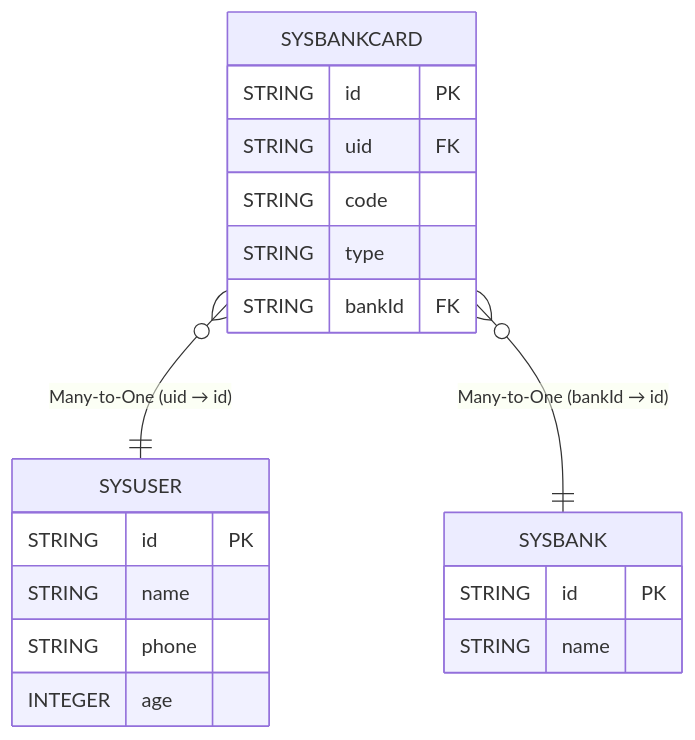
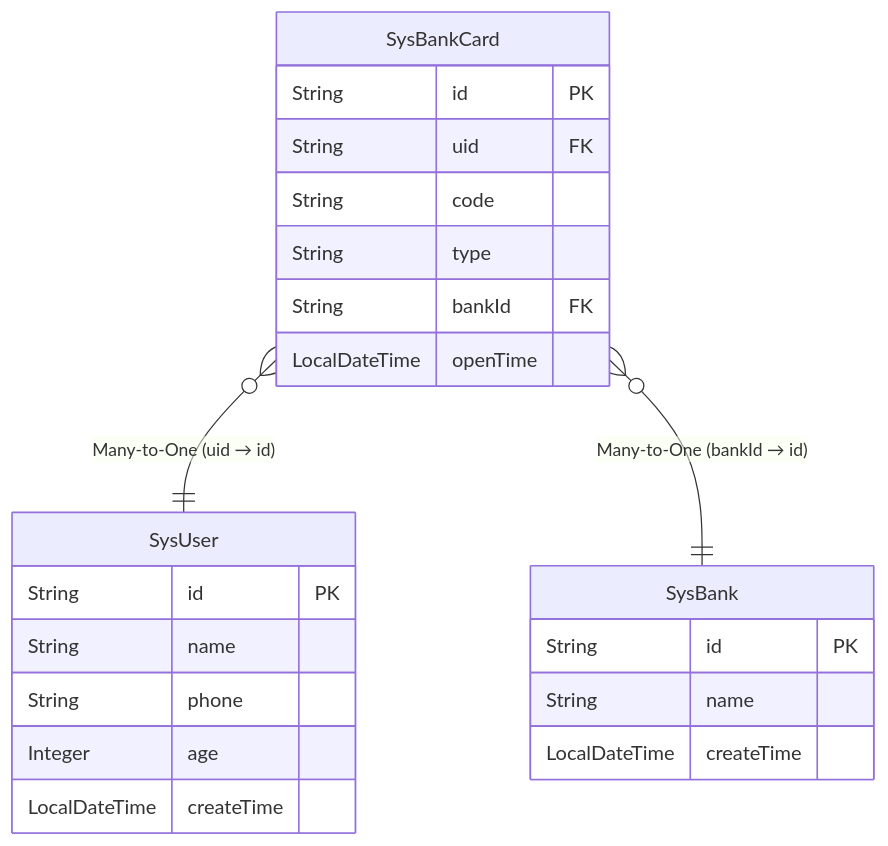
The diagram in src/startup/quick-query.md (xuejmnet/eq-v3-doc), drawn with Mermaid before and after one commit. The commit also changed other lines of this file and 18 other files, not shown here.

````diff
--- a/src/startup/quick-query.md
+++ b/src/startup/quick-query.md
@@ -26,25 +26,28 @@
 ```mermaid
 erDiagram
-    SYSBANKCARD {
-        STRING id PK
-        STRING uid FK
-        STRING code
-        STRING type
-        STRING bankId FK
+    SysBankCard {
+        String id PK
+        String uid FK
+        String code
+        String type
+        String bankId FK
+        LocalDateTime openTime
     }
     
-    SYSUSER {
-        STRING id PK
-        STRING name
-        STRING phone
-        INTEGER age
+    SysUser {
+        String id PK
+        String name
+        String phone
+        Integer age
+        LocalDateTime createTime
     }
     
-    SYSBANK {
-        STRING id PK
-        STRING name
+    SysBank {
+        String id PK
+        String name
+        LocalDateTime createTime
     }
 
-    SYSBANKCARD }o--|| SYSUSER : "Many-to-One (uid → id)"
-    SYSBANKCARD }o--|| SYSBANK : "Many-to-One (bankId → id)"
+    SysBankCard }o--|| SysUser : "Many-to-One (uid → id)"
+    SysBankCard }o--|| SysBank : "Many-to-One (bankId → id)"
 ```
````
